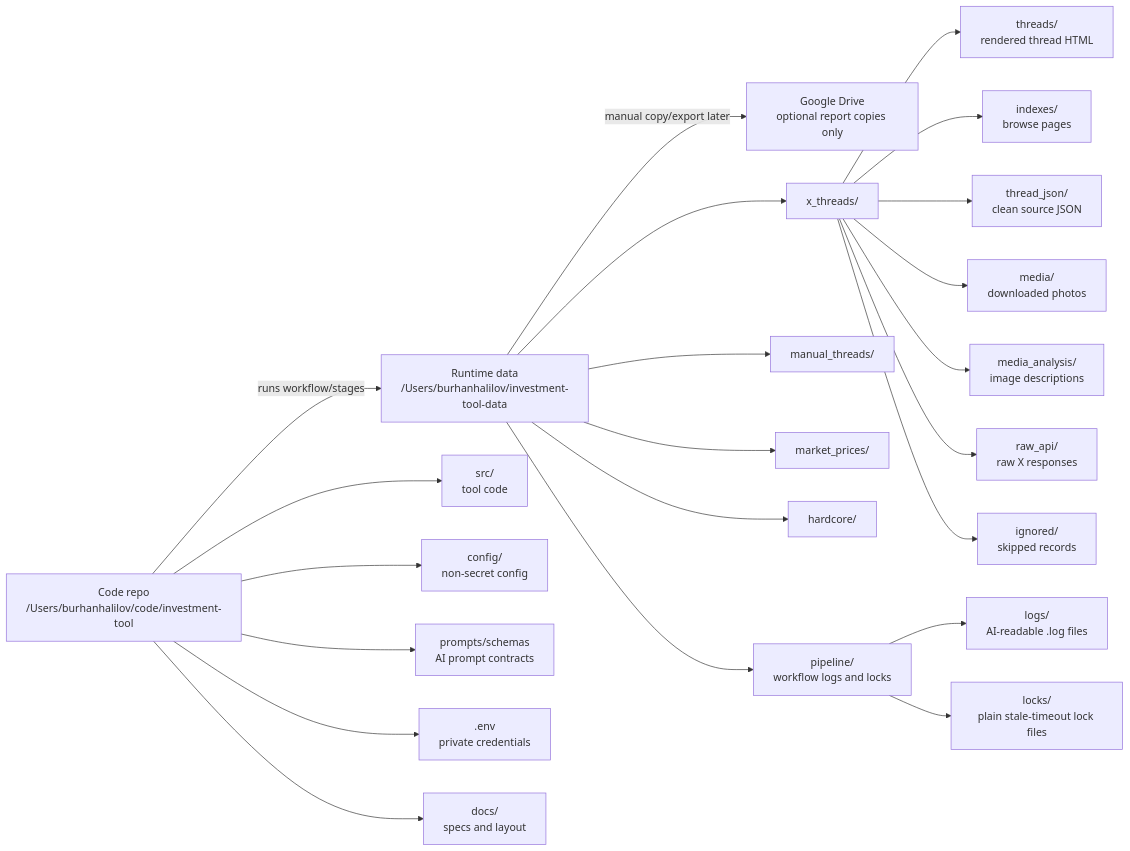
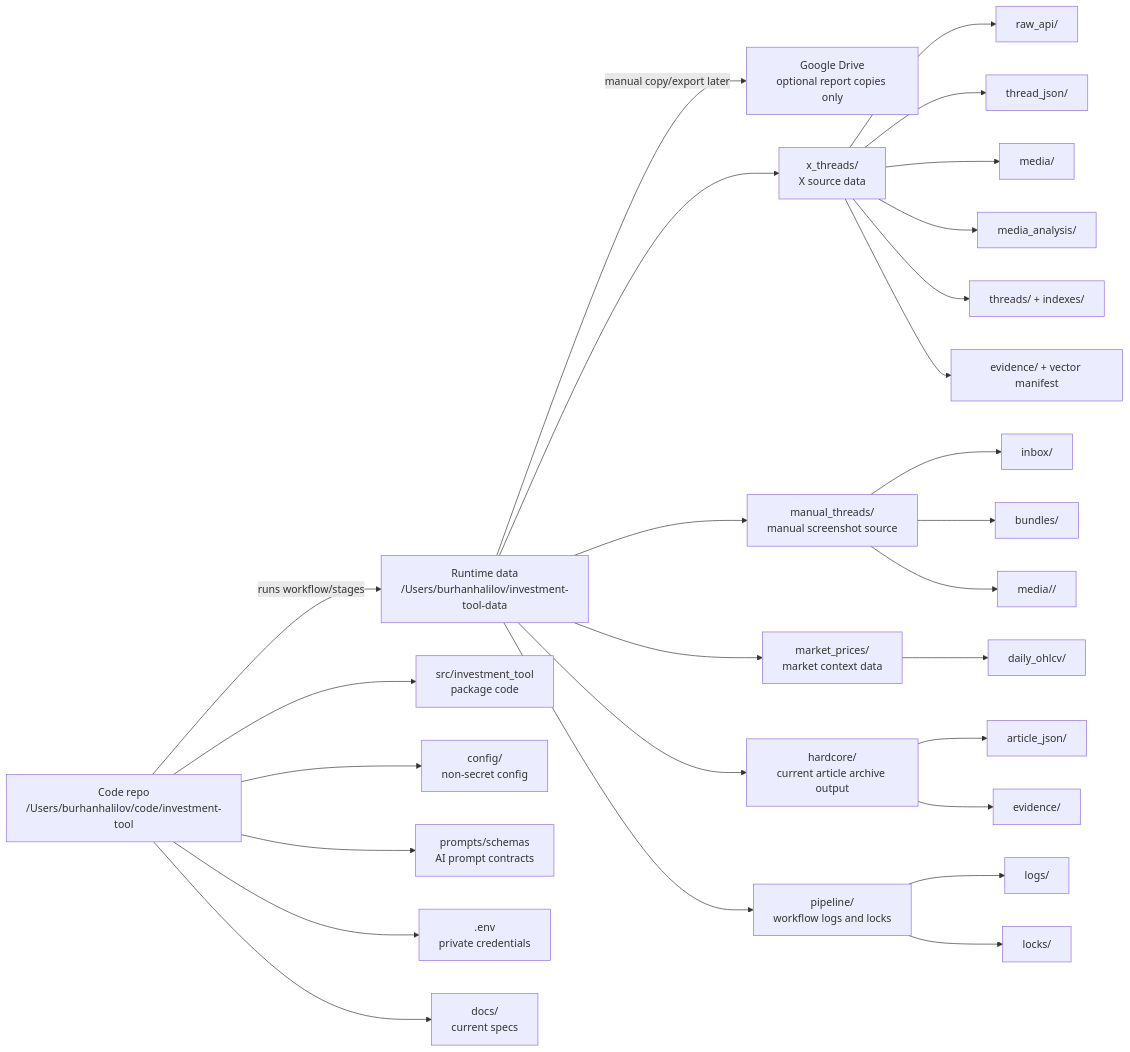
Before and after one commit to bhalilov/investment-tool: the diagram in docs/storage-layout.md, drawn with Mermaid. The commit also changed other lines of this file, not shown here.

First line of the commit message:
docs: update storage layout

````diff
--- a/docs/storage-layout.md
+++ b/docs/storage-layout.md
@@ -14,32 +22,40 @@
 ```mermaid
 flowchart LR
     Repo["Code repo<br/>/Users/burhanhalilov/code/investment-tool"]
     Data["Runtime data<br/>/Users/burhanhalilov/investment-tool-data"]
     Drive["Google Drive<br/>optional report copies only"]
 
     Repo -->|"runs workflow/stages"| Data
     Data -->|"manual copy/export later"| Drive
 
-    Repo --> Src["src/<br/>tool code"]
+    Repo --> Src["src/investment_tool<br/>package code"]
     Repo --> Config["config/<br/>non-secret config"]
     Repo --> Prompts["prompts/schemas<br/>AI prompt contracts"]
     Repo --> Env[".env<br/>private credentials"]
-    Repo --> Docs["docs/<br/>specs and layout"]
+    Repo --> Docs["docs/<br/>current specs"]
 
-    Data --> XThreads["x_threads/"]
-    Data --> Manual["manual_threads/"]
-    Data --> Prices["market_prices/"]
-    Data --> Hardcore["hardcore/"]
+    Data --> XThreads["x_threads/<br/>X source data"]
+    Data --> Manual["manual_threads/<br/>manual screenshot source"]
+    Data --> Prices["market_prices/<br/>market context data"]
+    Data --> Articles["hardcore/<br/>current article archive output"]
     Data --> Workflow["pipeline/<br/>workflow logs and locks"]
 
-    XThreads --> Threads["threads/<br/>rendered thread HTML"]
-    XThreads --> Indexes["indexes/<br/>browse pages"]
-    XThreads --> Json["thread_json/<br/>clean source JSON"]
-    XThreads --> Media["media/<br/>downloaded photos"]
-    XThreads --> MediaAI["media_analysis/<br/>image descriptions"]
-    XThreads --> Raw["raw_api/<br/>raw X responses"]
-    XThreads --> Ignored["ignored/<br/>skipped records"]
+    XThreads --> XRaw["raw_api/"]
+    XThreads --> XJson["thread_json/"]
+    XThreads --> XMedia["media/"]
+    XThreads --> XMediaAI["media_analysis/"]
+    XThreads --> XRender["threads/ + indexes/"]
+    XThreads --> XLegacy["evidence/ + vector manifest"]
 
-    Workflow --> Logs["logs/<br/>AI-readable .log files"]
-    Workflow --> Locks["locks/<br/>plain stale-timeout lock files"]
+    Manual --> ManualInbox["inbox/"]
+    Manual --> ManualBundles["bundles/"]
+    Manual --> ManualMedia["media/<bundle_id>/"]
+
+    Prices --> PriceDaily["daily_ohlcv/"]
+
+    Articles --> ArticleJson["article_json/"]
+    Articles --> ArticleEvidence["evidence/"]
+
+    Workflow --> Logs["logs/"]
+    Workflow --> Locks["locks/"]
 ```
````
